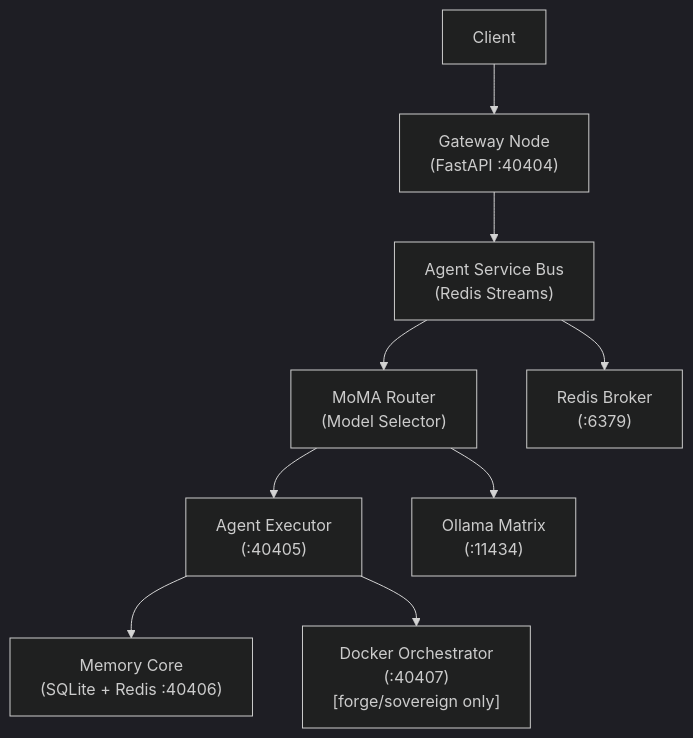
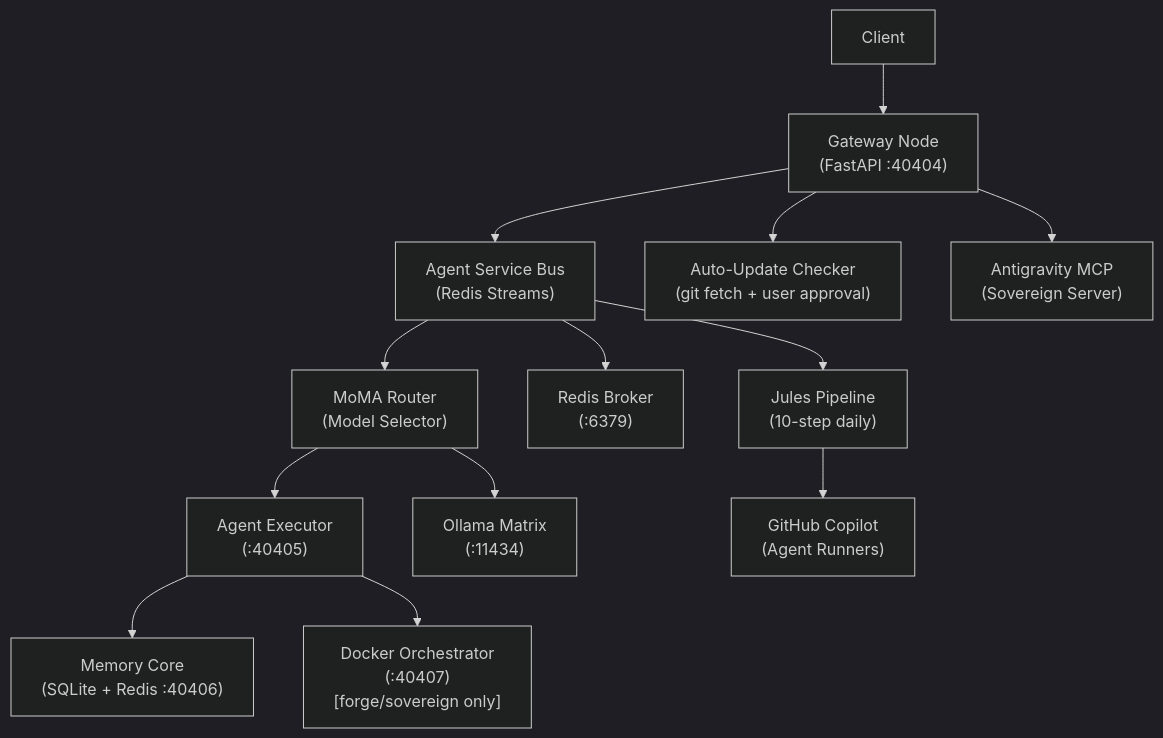
Before and after one commit to Grumpified-OGGVCT/Sovereign_Agentic_OS_with_HLF: the diagram in README.md, drawn with Mermaid (dark theme). The commit also changed other lines of this file and 5 other files, not shown here.

````diff
--- a/README.md
+++ b/README.md
@@ -20,11 +20,15 @@
 ```mermaid
 graph TD
     Client-->Gateway["Gateway Node\n(FastAPI :40404)"]
     Gateway-->ASB["Agent Service Bus\n(Redis Streams)"]
     ASB-->Router["MoMA Router\n(Model Selector)"]
     Router-->Executor["Agent Executor\n(:40405)"]
     Executor-->Memory["Memory Core\n(SQLite + Redis :40406)"]
     Router-->Ollama["Ollama Matrix\n(:11434)"]
     Executor-->DockerOrch["Docker Orchestrator\n(:40407)\n[forge/sovereign only]"]
     ASB-->Redis["Redis Broker\n(:6379)"]
+    Gateway-->AutoUpdate["Auto-Update Checker\n(git fetch + user approval)"]
+    ASB-->Jules["Jules Pipeline\n(10-step daily)"]
+    Jules-->Copilot["GitHub Copilot\n(Agent Runners)"]
+    Gateway-->Antigravity["Antigravity MCP\n(Sovereign Server)"]
 ```
````
